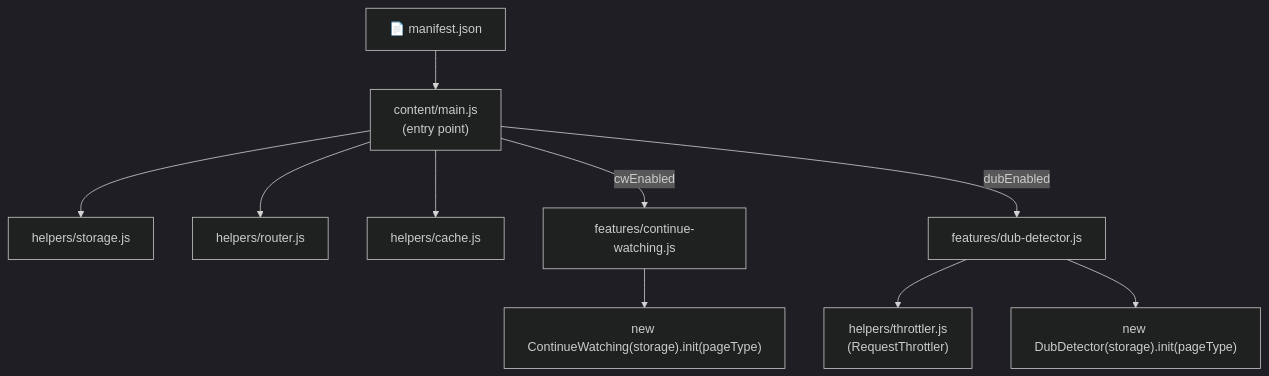
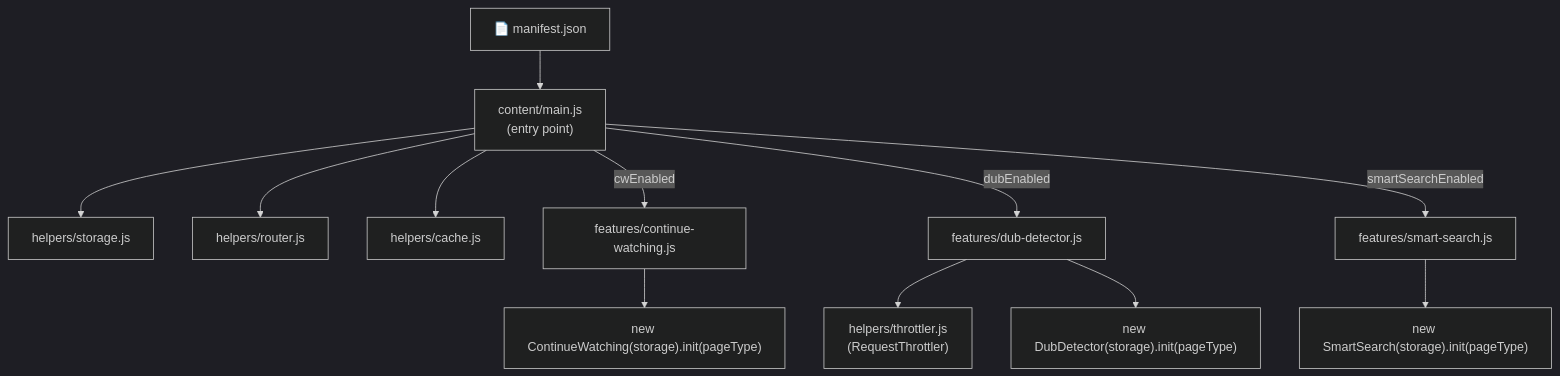
Before and after one commit to abdullahkhfb/animepahe-enhancer: the first of 4 diagrams in README.md, drawn with Mermaid (dark theme). The commit also changed other lines of this file and 7 other files, not shown here.

First line of the commit message:
feat: add Smart Search with AniList alt-title lookup

````diff
--- a/README.md
+++ b/README.md
@@ -194,12 +229,14 @@
 ```mermaid
 flowchart TD
     MF["📄 manifest.json"] --> CM["content/main.js\n(entry point)"]
     CM --> HS["helpers/storage.js"]
     CM --> HR["helpers/router.js"]
     CM --> HC["helpers/cache.js"]
     CM -->|cwEnabled| CW["features/continue-watching.js"]
     CM -->|dubEnabled| DD["features/dub-detector.js"]
+    CM -->|smartSearchEnabled| SS["features/smart-search.js"]
     DD --> TH["helpers/throttler.js\n(RequestThrottler)"]
     CW --> CWI["new ContinueWatching(storage).init(pageType)"]
     DD --> DDI["new DubDetector(storage).init(pageType)"]
+    SS --> SSI["new SmartSearch(storage).init(pageType)"]
 ```
````
